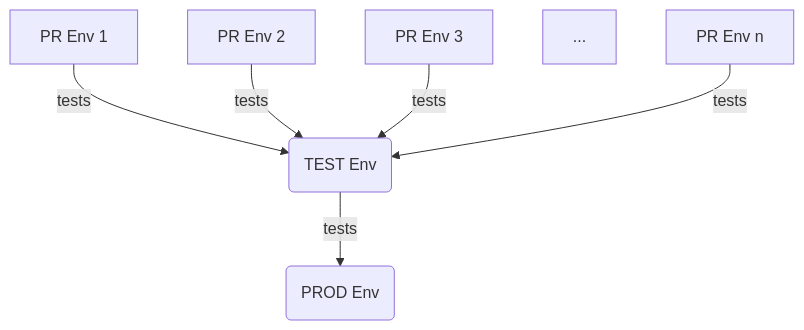
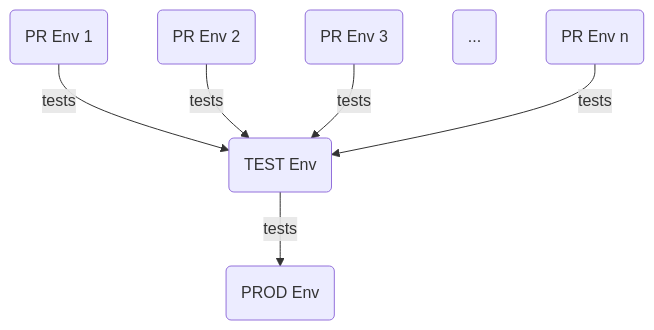
One commit to bcgov/quickstart-openshift changed the first of 2 diagrams in README.md. Above: the diagram before and after it, drawn with Mermaid.

Commit message:
Make simple diagram fancier

````diff
--- a/README.md
+++ b/README.md
@@ -260,9 +260,9 @@
 ```mermaid
 flowchart TD
-    A1[PR Env 1] -->|tests| B
-    A2[PR Env 2] -->|tests| B
-    A3[PR Env 3] -->|tests| B
-    Ad[...]
-    An[PR Env n] -->|tests| B
+    A1(PR Env 1) -->|tests| B
+    A2(PR Env 2) -->|tests| B
+    A3(PR Env 3) -->|tests| B
+    Ad(...)
+    An(PR Env n) -->|tests| B
     B(TEST Env) -->|tests| C(PROD Env)
 ```
````
